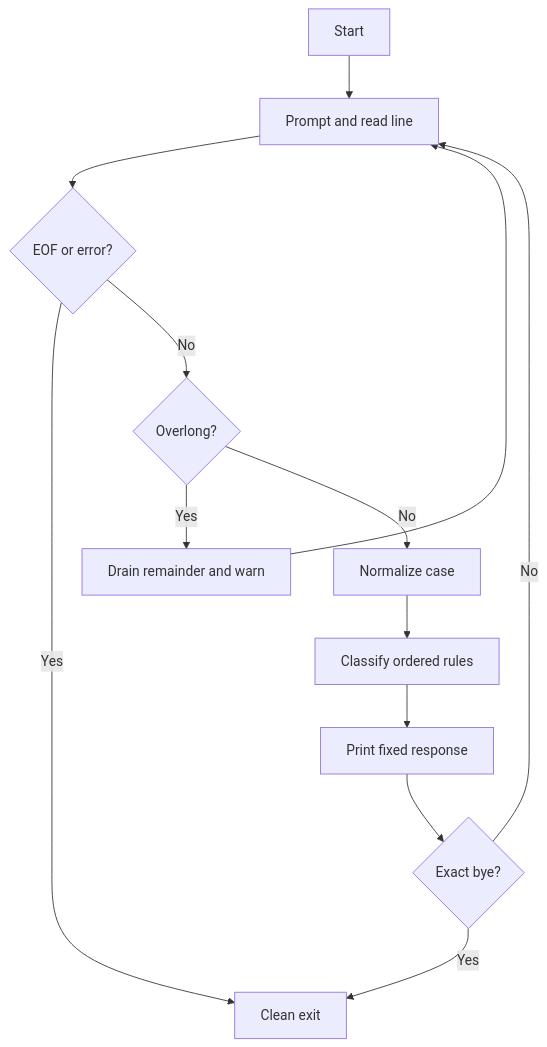
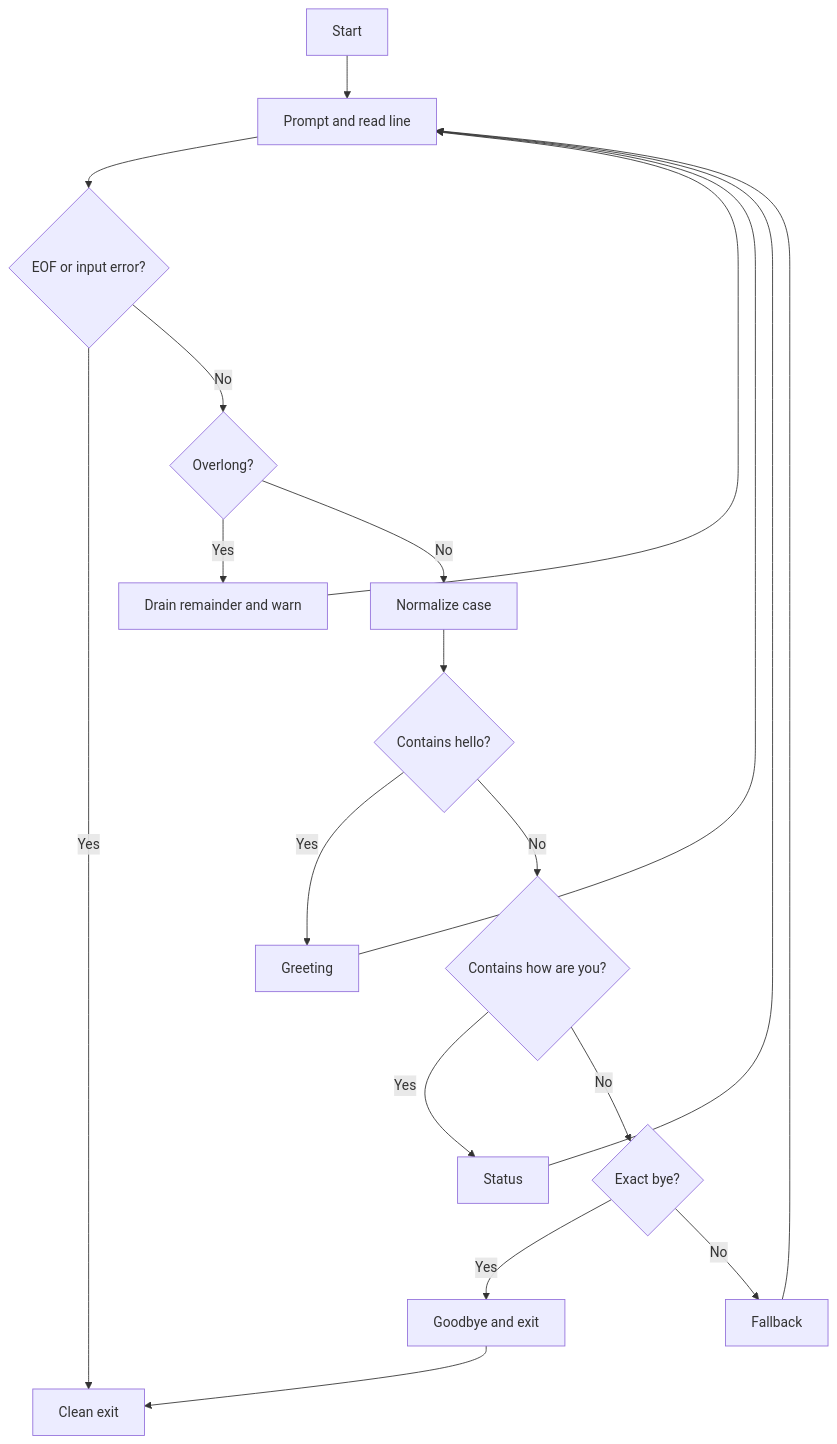
Before and after one commit to Brajesh31/chatbot-C-: the diagram in README.md, drawn with Mermaid. The commit also changed other lines of this file and 19 other files, not shown here.

```diff
--- a/README.md
+++ b/README.md
@@ -72,15 +91,21 @@
 ~~~mermaid
 flowchart TD
  A[Start] --> B[Prompt and read line]
- B --> C{EOF or error?}
+ B --> C{EOF or input error?}
  C -->|Yes| D[Clean exit]
  C -->|No| E{Overlong?}
  E -->|Yes| F[Drain remainder and warn]
  F --> B
  E -->|No| G[Normalize case]
- G --> H[Classify ordered rules]
- H --> I[Print fixed response]
- I --> J{Exact bye?}
- J -->|No| B
- J -->|Yes| D
+ G --> H{Contains hello?}
+ H -->|Yes| I[Greeting]
+ H -->|No| J{Contains how are you?}
+ J -->|Yes| K[Status]
+ J -->|No| L{Exact bye?}
+ L -->|Yes| M[Goodbye and exit]
+ L -->|No| N[Fallback]
+ I --> B
+ K --> B
+ N --> B
+ M --> D
 ~~~
```
